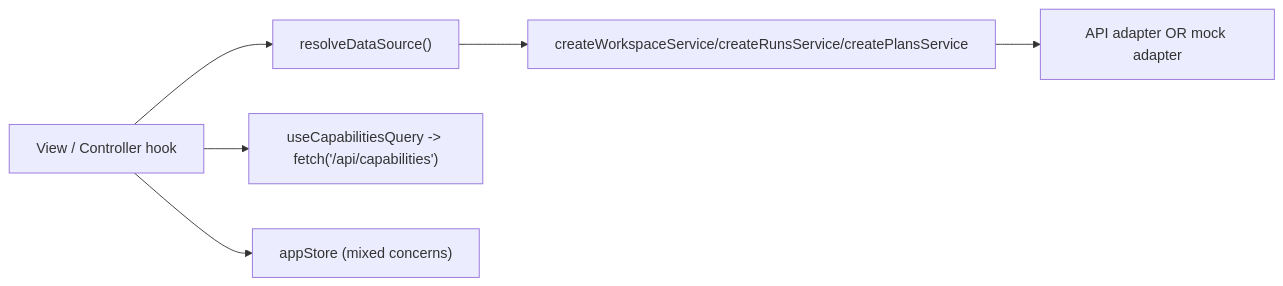
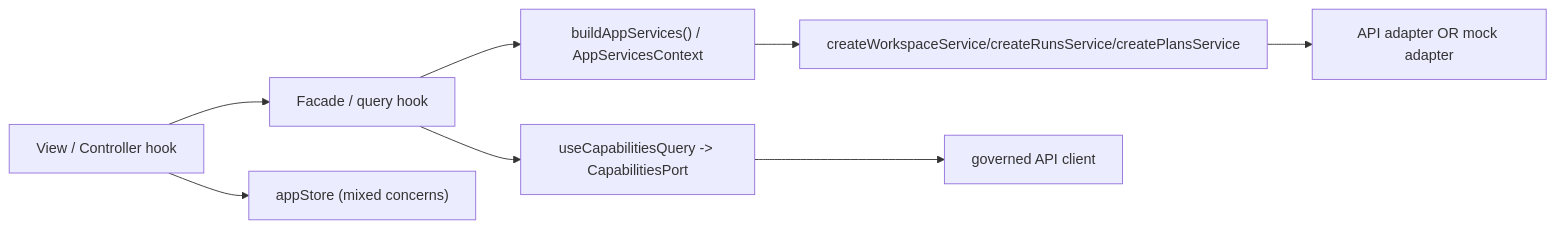
Before and after one commit to dunay2/dvt: the second of 6 diagrams in docs/architecture/frontend/frontend-data-boundary-architecture.md, drawn with Mermaid. The commit also changed other lines of this file and 17 other files, not shown here.

Commit message:
refactor(web): Govern runtime capabilities through composition root

````diff
--- a/docs/architecture/frontend/frontend-data-boundary-architecture.md
+++ b/docs/architecture/frontend/frontend-data-boundary-architecture.md
@@ -30,8 +32,10 @@
 ```mermaid
 flowchart LR
-  View["View / Controller hook"] --> Mode["resolveDataSource()"]
-  Mode --> Factory["createWorkspaceService/createRunsService/createPlansService"]
+  View["View / Controller hook"] --> Hook["Facade / query hook"]
+  Hook --> Composition["buildAppServices() / AppServicesContext"]
+  Composition --> Factory["createWorkspaceService/createRunsService/createPlansService"]
   Factory --> ApiOrMock["API adapter OR mock adapter"]
-  View --> RawFetch["useCapabilitiesQuery -> fetch('/api/capabilities')"]
+  Hook --> Capabilities["useCapabilitiesQuery -> CapabilitiesPort"]
+  Capabilities --> ApiClient["governed API client"]
   View --> AppStore["appStore (mixed concerns)"]
 ```
````
